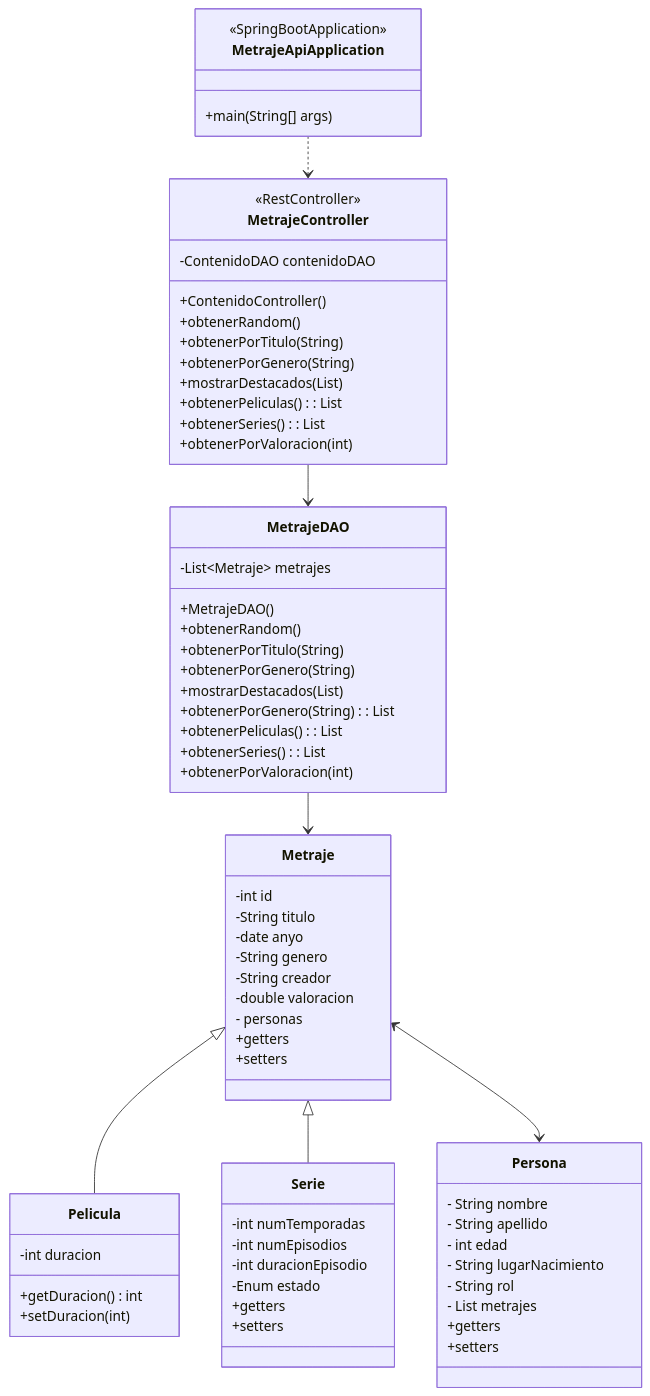
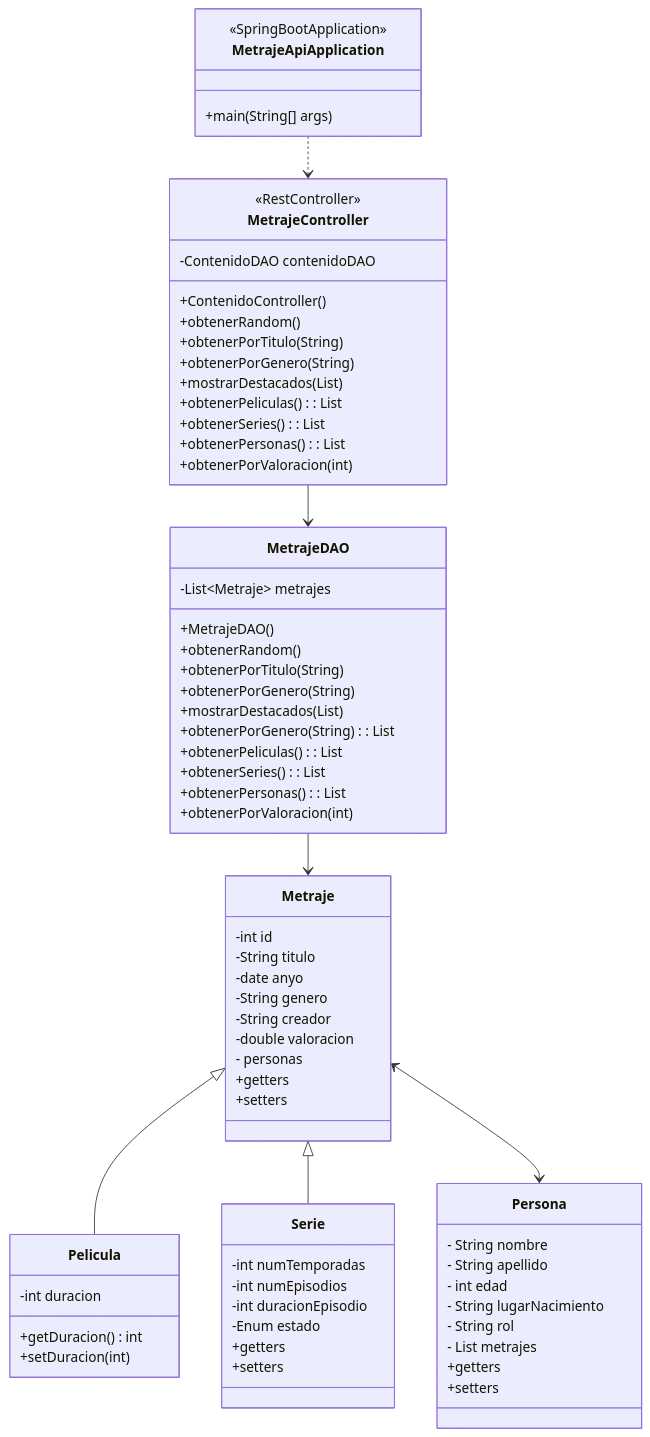
The diagram in diseño/diagrama_clase.md (JesusCanas/PlotTwist), drawn with Mermaid before and after one commit.

Commit message:
añdido metodo personas DAO

````diff
--- a/diseño/diagrama_clase.md
+++ b/diseño/diagrama_clase.md
@@ -2,76 +2,77 @@
 ```mermaid
 classDiagram
     class Metraje{
         -int id
         -String titulo
         -date anyo
         -String genero
         -String creador
         -double valoracion
         -<List Persona> personas
         +getters
         +setters
     }
 
     class Pelicula {
         -int duracion
         +getDuracion() int
         +setDuracion(int)
     }
 
     class Serie {
         -int numTemporadas
         -int numEpisodios
         -int duracionEpisodio
         -Enum estado
         +getters
         +setters
     }
-
+    class Persona {
+        - String nombre
+        - String apellido
+        - int edad
+        - String lugarNacimiento
+        - String rol
+        - List<Metraje>  metrajes
+        +getters
+        +setters
+    }
     class  MetrajeDAO {
         -List~Metraje~ metrajes
         +MetrajeDAO()
         +obtenerRandom() 
         +obtenerPorTitulo(String) 
         +obtenerPorGenero(String)
         +mostrarDestacados(List<Metraje>)
         +obtenerPorGenero(String) : List<Contenido>
         +obtenerPeliculas() : List<Pelicula>
         +obtenerSeries() : List<Serie>
+        +obtenerPersonas() : List<Personas>
         +obtenerPorValoracion(int)
     }
 
     class MetrajeController {
         <<RestController>>
         -ContenidoDAO contenidoDAO
         +ContenidoController()
         +obtenerRandom()
         +obtenerPorTitulo(String)
         +obtenerPorGenero(String) 
         +mostrarDestacados(List<Metraje>)
         +obtenerPeliculas() : List<Pelicula>
         +obtenerSeries() : List<Serie>
+        +obtenerPersonas() : List<Personas>
         +obtenerPorValoracion(int)
     }
 
     class MetrajeApiApplication {
         <<SpringBootApplication>>
         +main(String[] args)
-    }
-    class Persona {
-        - String nombre
-        - String apellido
-        - int edad
-        - String lugarNacimiento
-        - String rol
-        - List<Metraje>  metrajes
-        +getters
-        +setters
     }
     Metraje <|-- Pelicula
     Metraje <|-- Serie 
     Metraje <--> Persona
     MetrajeDAO --> Metraje 
     MetrajeController --> MetrajeDAO 
     MetrajeApiApplication ..> MetrajeController 
 ```
````
